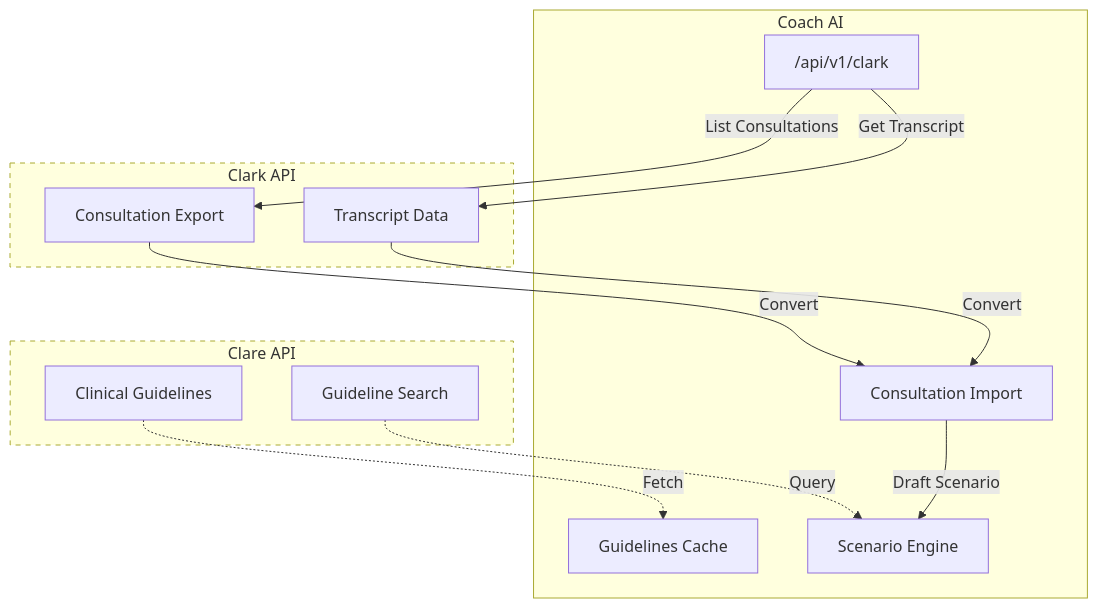
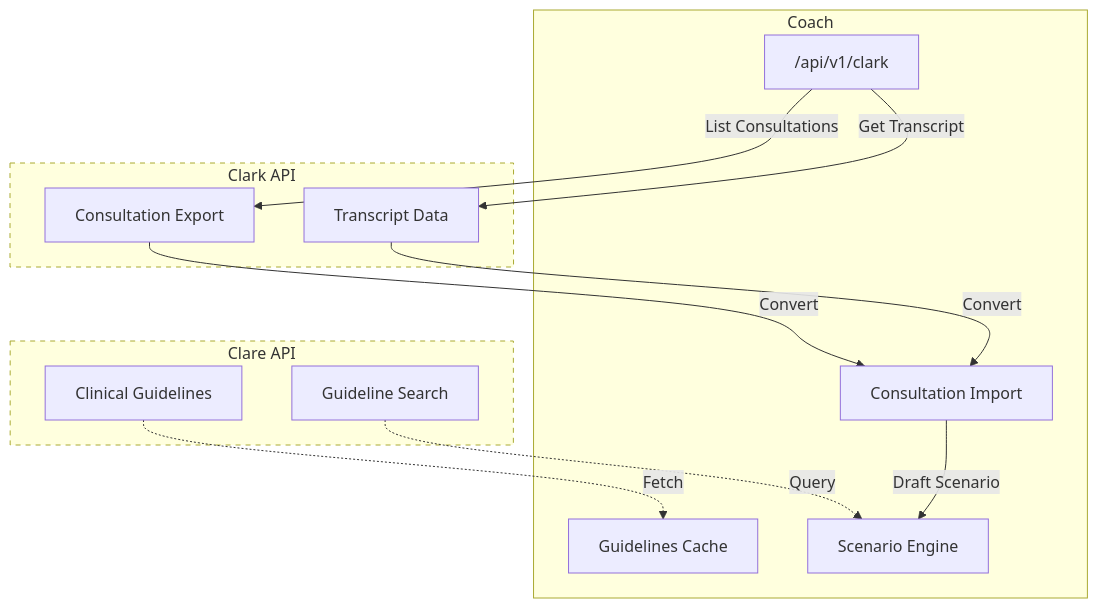
One commit to Amoukli/Coach_AI changed the seventh of 13 diagrams in docs/diagrams/data-flow.md. Above: the diagram before and after it, drawn with Mermaid. The commit also changed other lines of this file and 27 other files, not shown here.

````diff
--- a/docs/diagrams/data-flow.md
+++ b/docs/diagrams/data-flow.md
@@ -273,30 +273,30 @@
 ```mermaid
 flowchart TD
-    subgraph Coach["Coach AI"]
+    subgraph Coach["Coach"]
         ScenarioEngine[Scenario Engine]
         Guidelines[Guidelines Cache]
         Import[Consultation Import]
         ClarkAPI["/api/v1/clark"]
     end
 
     subgraph Clare["Clare API"]
         ClareGuidelines[Clinical Guidelines]
         ClareSearch[Guideline Search]
     end
 
     subgraph Clark["Clark API"]
         ClarkConsult[Consultation Export]
         ClarkTranscript[Transcript Data]
     end
 
     ClareGuidelines -.->|Fetch| Guidelines
     ClareSearch -.->|Query| ScenarioEngine
     ClarkAPI -->|List Consultations| ClarkConsult
     ClarkAPI -->|Get Transcript| ClarkTranscript
     ClarkConsult -->|Convert| Import
     ClarkTranscript -->|Convert| Import
     Import -->|Draft Scenario| ScenarioEngine
 
     style Clare stroke-dasharray: 5 5
     style Clark stroke-dasharray: 5 5
 ```
````
